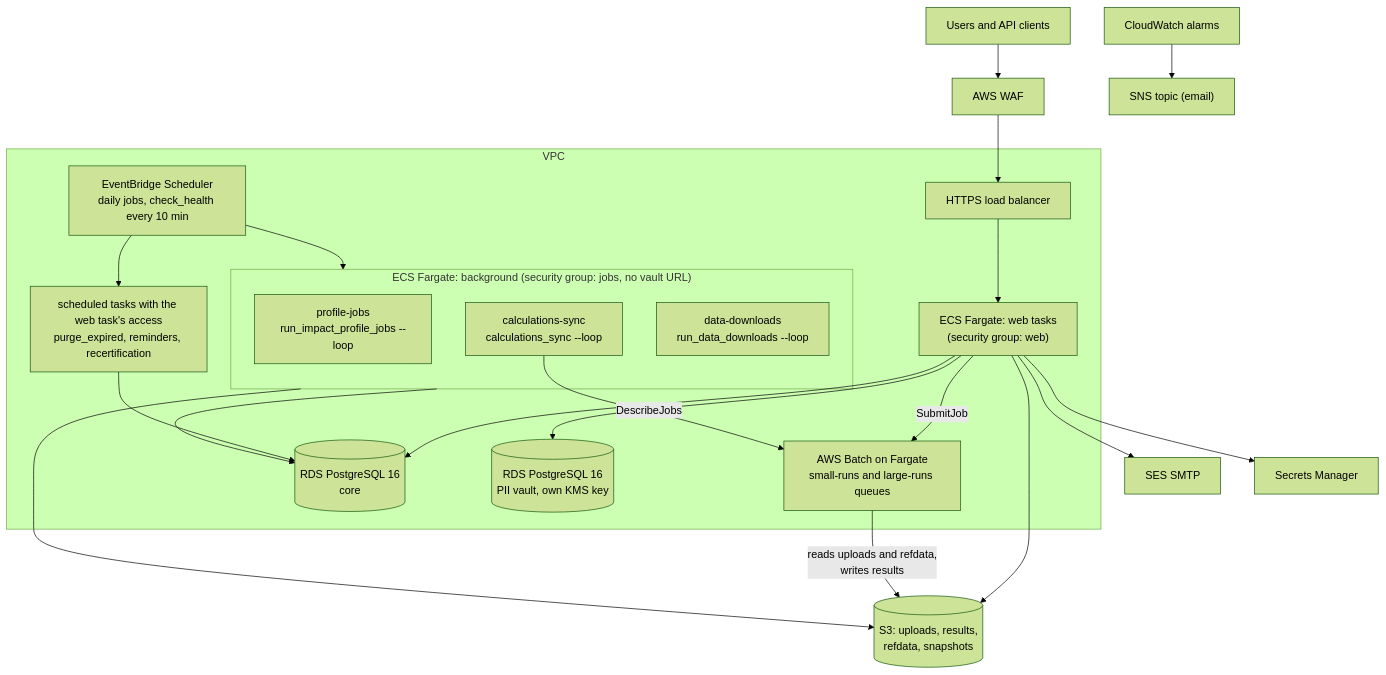
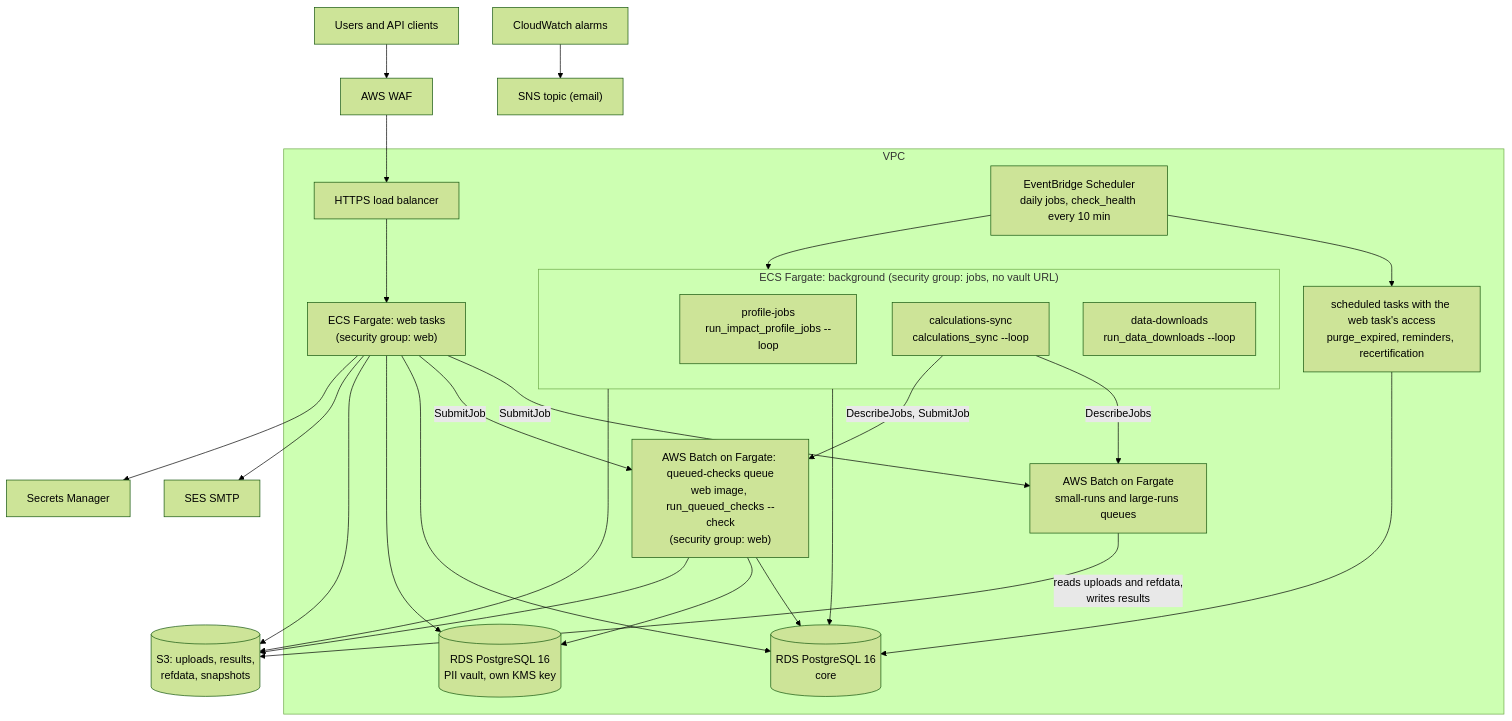
One commit to JRichardson-PGE/CEDARS-Platform changed the fourth of 39 diagrams in docs/ARCHITECTURE_AS_BUILT.md. Above: the diagram before and after it, drawn with Mermaid (forest theme). The commit also changed other lines of this file and 40 other files, not shown here.

````diff
--- a/docs/ARCHITECTURE_AS_BUILT.md
+++ b/docs/ARCHITECTURE_AS_BUILT.md
@@ -147,28 +158,33 @@
 ```mermaid
 flowchart TB
   users["Users and API clients"] --> waf["AWS WAF"] --> alb["HTTPS load balancer"]
   subgraph vpc["VPC"]
     alb --> web["ECS Fargate: web tasks<br/>(security group: web)"]
     subgraph jobs["ECS Fargate: background (security group: jobs, no vault URL)"]
       pj["profile-jobs<br/>run_impact_profile_jobs --loop"]
       cs["calculations-sync<br/>calculations_sync --loop"]
       dd["data-downloads<br/>run_data_downloads --loop"]
     end
     sched["EventBridge Scheduler<br/>daily jobs, check_health every 10 min"] --> jobs
     sched --> webjobs["scheduled tasks with the web task's access<br/>purge_expired, reminders, recertification"]
     web -- "SubmitJob" --> batch["AWS Batch on Fargate<br/>small-runs and large-runs queues"]
+    web -- "SubmitJob" --> qcb["AWS Batch on Fargate: queued-checks queue<br/>web image, run_queued_checks --check<br/>(security group: web)"]
+    qcb --> rds
+    qcb --> rdsv
     rds[("RDS PostgreSQL 16<br/>core")]
     rdsv[("RDS PostgreSQL 16<br/>PII vault, own KMS key")]
     web --> rds
     web --> rdsv
     jobs --> rds
     webjobs --> rds
   end
   web --> s3[("S3: uploads, results,<br/>refdata, snapshots")]
   jobs --> s3
   batch -- "reads uploads and refdata,<br/>writes results" --> s3
   cs -- "DescribeJobs" --> batch
+  cs -- "DescribeJobs, SubmitJob" --> qcb
+  qcb --> s3
   web --> ses["SES SMTP"]
   web --> sm["Secrets Manager"]
   cw["CloudWatch alarms"] --> sns["SNS topic (email)"]
 ```
````
